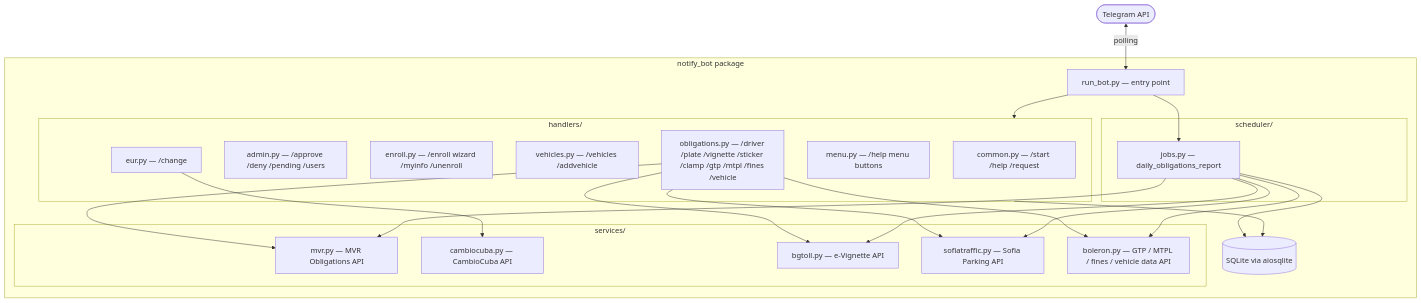
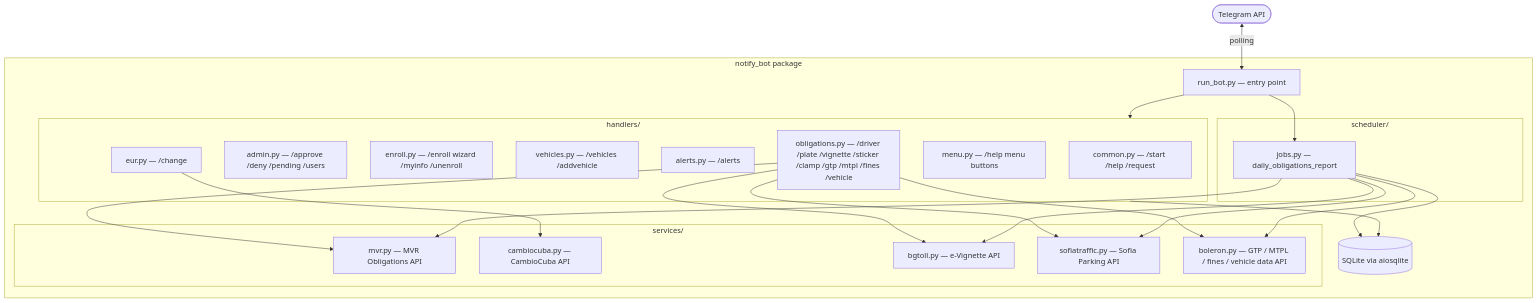
One commit to SecDevOpsPro/notify-telegram-bot changed the diagram in README.md. Above: the diagram before and after it, drawn with Mermaid. The commit also changed other lines of this file and 12 other files, not shown here.

````diff
--- a/README.md
+++ b/README.md
@@ -116,38 +118,39 @@
 ```mermaid
 graph TD
     TG([Telegram API])
 
     subgraph bot["notify_bot package"]
         RB[run_bot.py — entry point]
         DB[(SQLite via aiosqlite)]
 
         subgraph handlers["handlers/"]
             HC[common.py — /start /help /request]
             HA[admin.py — /approve /deny /pending /users]
             HE[enroll.py — /enroll wizard /myinfo /unenroll]
             HV[vehicles.py — /vehicles /addvehicle]
+            HL[alerts.py — /alerts]
             HO[obligations.py — /driver /plate /vignette /sticker /clamp /gtp /mtpl /fines /vehicle]
             HM[menu.py — /help menu buttons]
             HU[eur.py — /change]
         end
 
         subgraph services["services/"]
             SMVR[mvr.py — MVR Obligations API]
             SCC[cambiocuba.py — CambioCuba API]
             SBG[bgtoll.py — e-Vignette API]
             SST[sofiatraffic.py — Sofia Parking API]
             SBO[boleron.py — GTP / MTPL / fines / vehicle data API]
         end
 
         subgraph scheduler["scheduler/"]
             JQ[jobs.py — daily_obligations_report]
         end
     end
 
     TG <-->|polling| RB
     RB --> handlers & JQ
     handlers --> DB
     HO --> SMVR & SBG & SST & SBO
     HU --> SCC
     JQ --> SMVR & SBG & SST & SBO & DB
 ```
````
